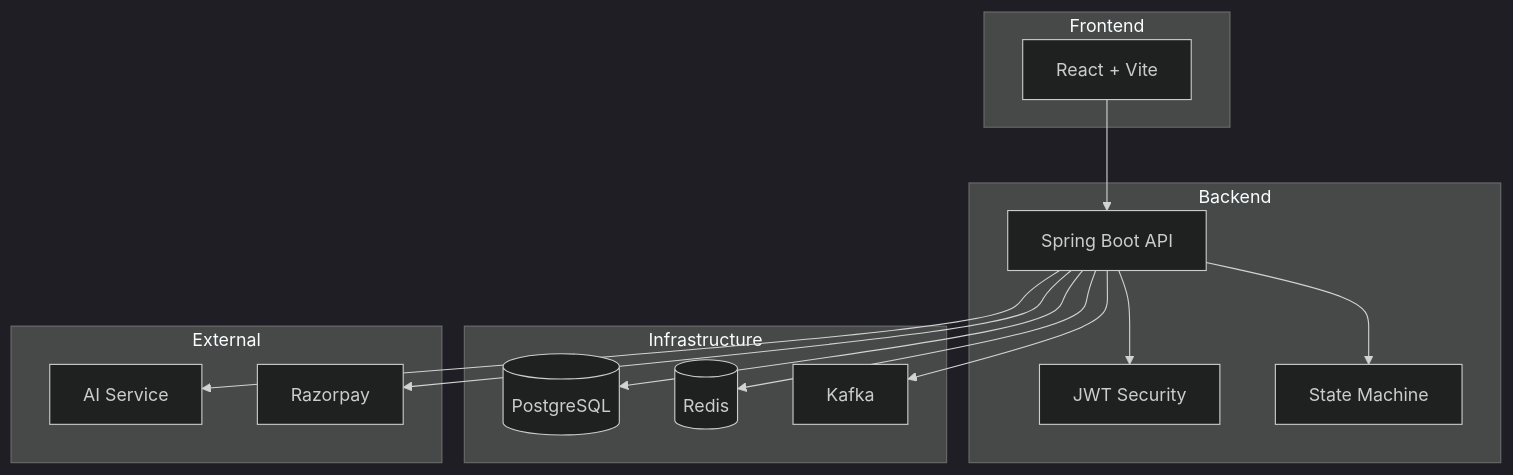
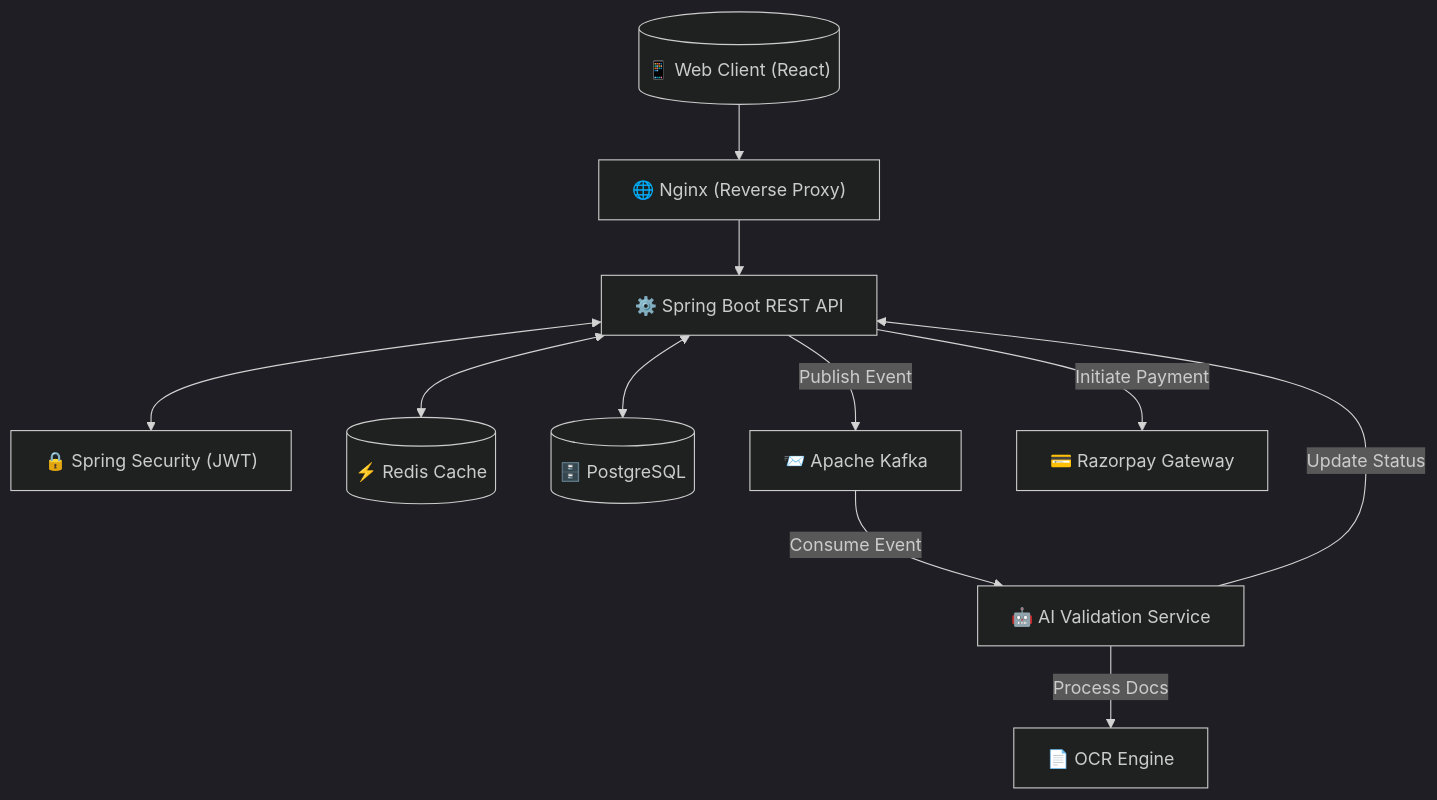
The first of 9 diagrams in presentation/README.md (mithun-io/tpa), drawn with Mermaid (dark theme) before and after one commit. The commit also changed other lines of this file, not shown here.

````diff
--- a/presentation/README.md
+++ b/presentation/README.md
@@ -15,32 +39,16 @@
 ```mermaid
 graph TD
-    subgraph Frontend
-        Web[React + Vite]
-    end
+    Client[("📱 Web Client (React)")] --> Nginx["🌐 Nginx (Reverse Proxy)"]
+    Nginx --> API["⚙️ Spring Boot REST API"]
     
-    subgraph Backend
-        API[Spring Boot API]
-        Auth[JWT Security]
-        SM[State Machine]
-    end
+    API <--> Security["🔒 Spring Security (JWT)"]
+    API <--> Cache[("⚡ Redis Cache")]
+    API <--> DB[("🗄️ PostgreSQL")]
     
-    subgraph Infrastructure
-        DB[(PostgreSQL)]
-        Cache[(Redis)]
-        Broker[Kafka]
-    end
+    API -- "Publish Event" --> Kafka["📨 Apache Kafka"]
+    Kafka -- "Consume Event" --> AIWorker["🤖 AI Validation Service"]
+    AIWorker -- "Process Docs" --> OCR["📄 OCR Engine"]
+    AIWorker -- "Update Status" --> API
     
-    subgraph External
-        AI[AI Service]
-        RP[Razorpay]
-    end
-    
-    Web --> API
-    API --> Auth
-    API --> SM
-    API --> DB
-    API --> Cache
-    API --> Broker
-    API --> AI
-    API --> RP
+    API -- "Initiate Payment" --> Razorpay["💳 Razorpay Gateway"]
 ```
````
